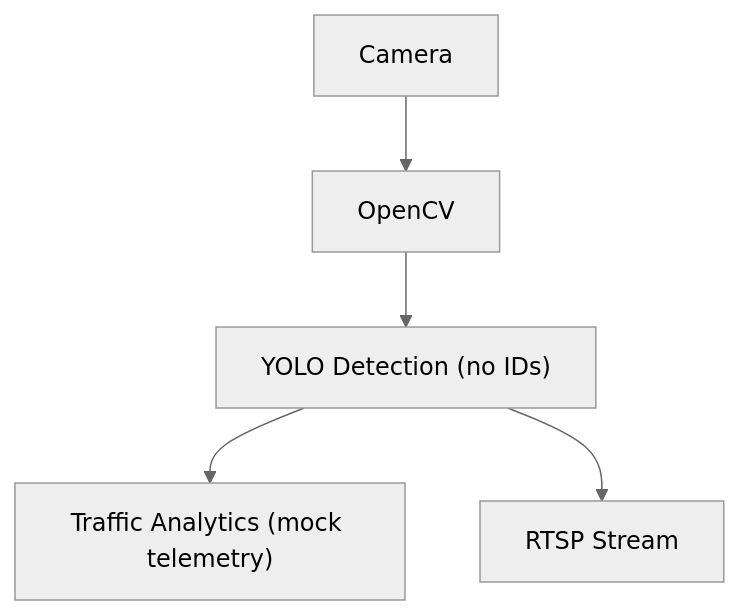
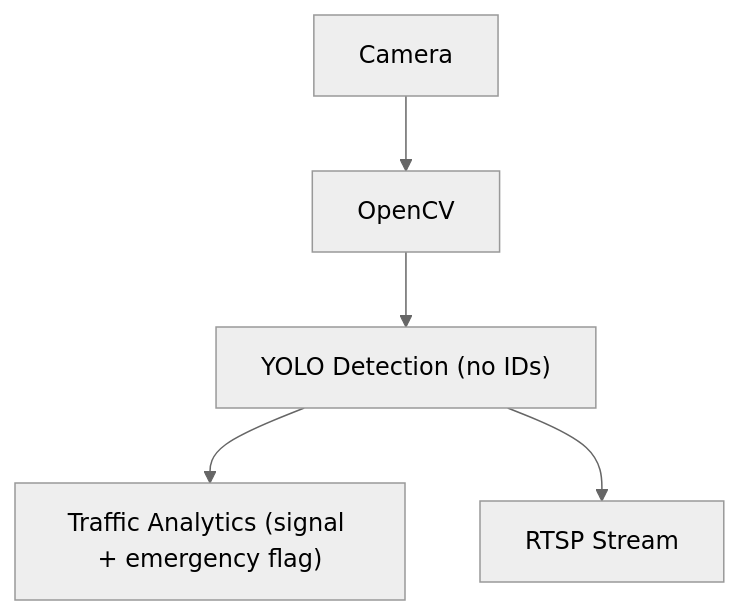
Before and after one commit to vclane/vclane-docs: the third of 3 diagrams in docs/edge-device.md, drawn with Mermaid (neutral theme). The commit also changed other lines of this file and 9 other files, not shown here.

````diff
--- a/docs/edge-device.md
+++ b/docs/edge-device.md
@@ -99,7 +97,7 @@
 ```mermaid
 graph TD
     Camera --> OpenCV
     OpenCV --> YOLO["YOLO Detection (no IDs)"]
-    YOLO --> Analytics["Traffic Analytics (mock telemetry)"]
+    YOLO --> Analytics["Traffic Analytics (signal + emergency flag)"]
     YOLO --> RTSP["RTSP Stream"]
 ```
````
